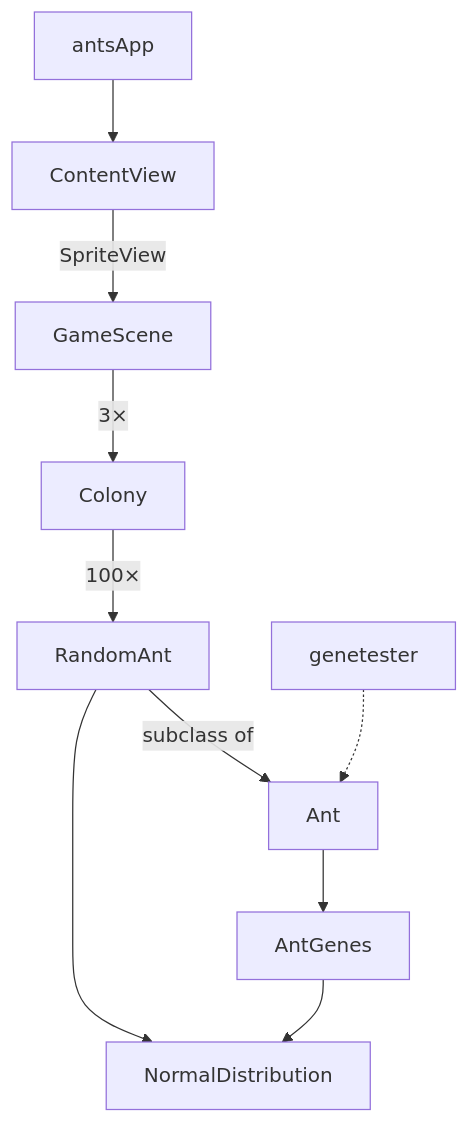
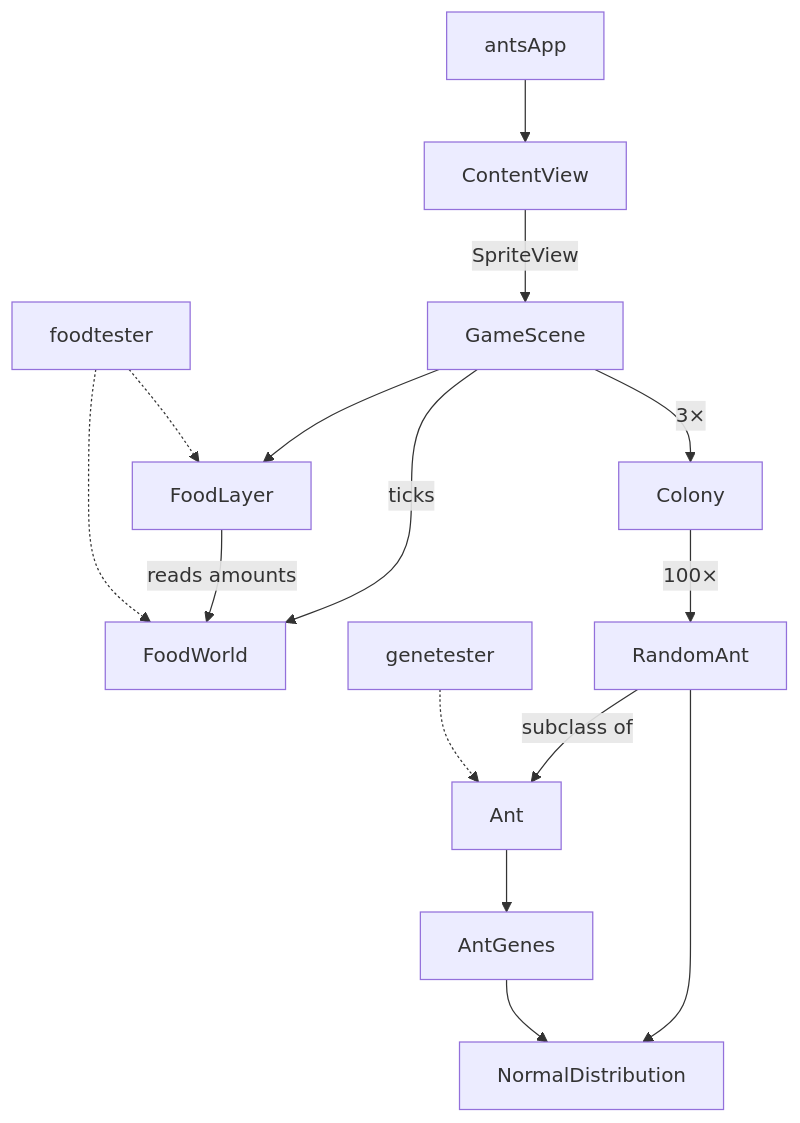
Before and after one commit to PeteRichardson/ants: the diagram in README.md, drawn with Mermaid. The commit also changed other lines of this file and 5 other files, not shown here.

First line of the commit message:
feat(food): draw food amounts as spots on the board

````diff
--- a/README.md
+++ b/README.md
@@ -160,12 +164,17 @@
 ```mermaid
 graph TD
     antsApp --> ContentView
     ContentView -->|SpriteView| GameScene
     GameScene -->|3×| Colony
+    GameScene -->|ticks| FoodWorld
+    GameScene --> FoodLayer
+    FoodLayer -->|reads amounts| FoodWorld
     Colony -->|100×| RandomAnt
     RandomAnt -->|subclass of| Ant
     Ant --> AntGenes
     RandomAnt --> NormalDistribution
     AntGenes --> NormalDistribution
     genetester -.-> Ant
+    foodtester -.-> FoodWorld
+    foodtester -.-> FoodLayer
 ```
````
